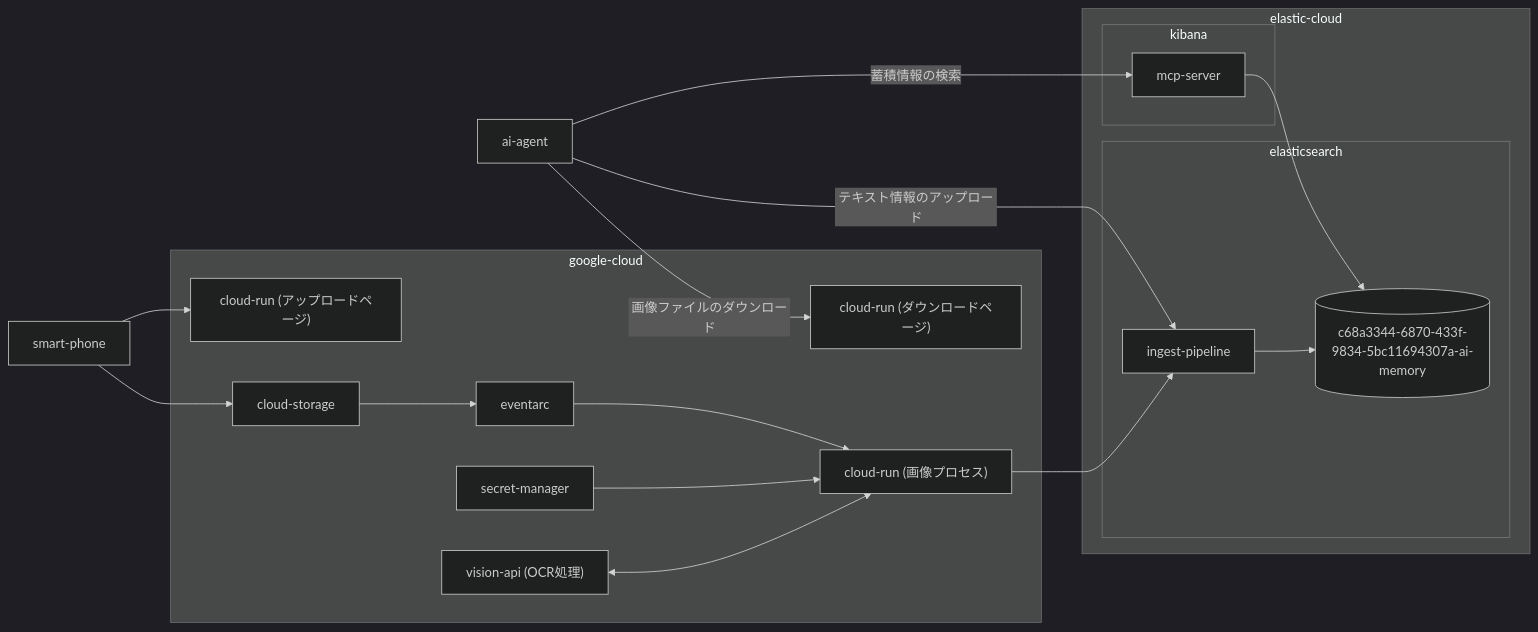
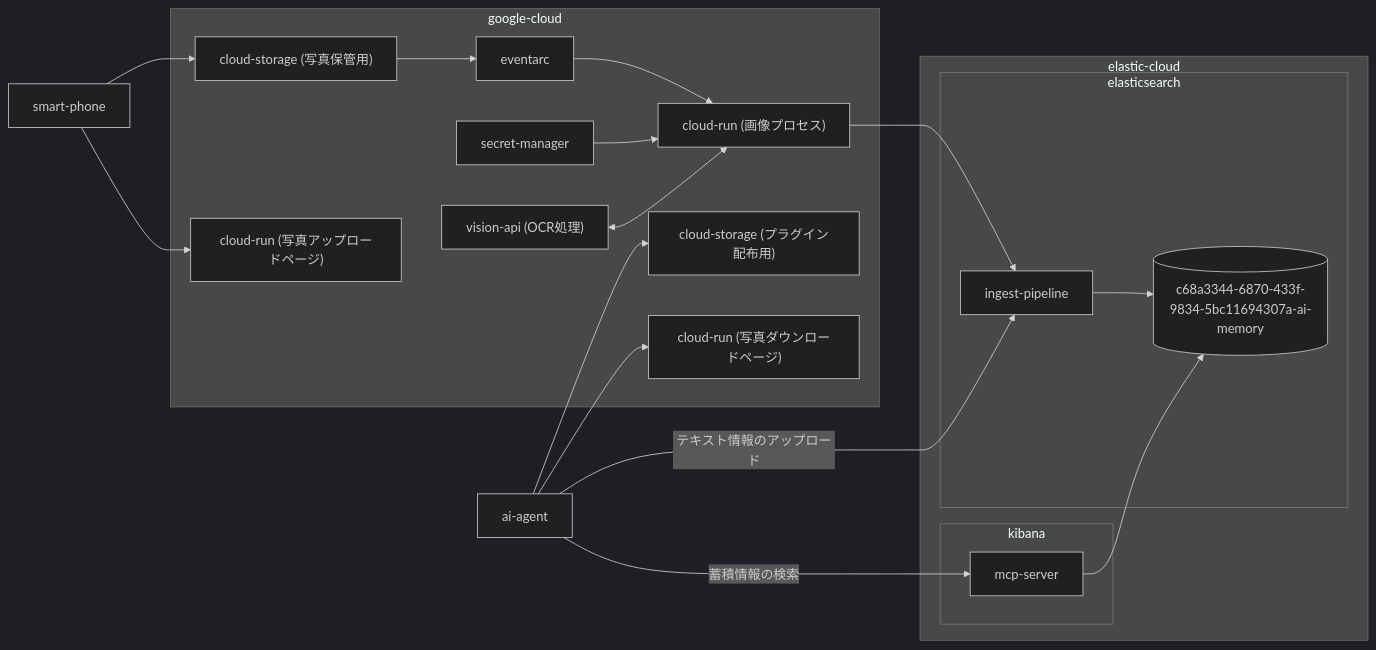
The diagram in README.md (sakurai-youhei/hackathon-ai-memory), drawn with Mermaid (dark theme) before and after one commit.

````diff
--- a/README.md
+++ b/README.md
@@ -49,34 +49,36 @@
 ```mermaid
 flowchart LR
     subgraph google-cloud
-        cloud-run-upload["cloud-run (アップロードページ)"]
-        cloud-run-download["cloud-run (ダウンロードページ)"]
+        cloud-run-upload["cloud-run (写真アップロードページ)"]
+        cloud-run-download["cloud-run (写真ダウンロードページ)"]
         eventarc
         cloud-run-process["cloud-run (画像プロセス)"]
         secret-manager
         vision-api["vision-api (OCR処理)"]
-        cloud-storage
+        cloud-storage["cloud-storage (写真保管用)"]
+        cloud-storage-plugin["cloud-storage (プラグイン配布用)"]
     end
     subgraph elastic-cloud
         subgraph kibana
             mcp-server
         end
         subgraph elasticsearch
             ingest-pipeline
             index[(c68a3344-6870-433f-9834-5bc11694307a-ai-memory)]
         end
     end
 
     mcp-server --> index
     ingest-pipeline --> index
 
     ai-agent -- 蓄積情報の検索 --> mcp-server
     ai-agent -- テキスト情報のアップロード --> ingest-pipeline
-    ai-agent -- 画像ファイルのダウンロード --> cloud-run-download
+    ai-agent --> cloud-run-download
+    ai-agent --> cloud-storage-plugin
 
     smart-phone --> cloud-run-upload
     smart-phone --> cloud-storage --> eventarc　--> cloud-run-process
     secret-manager --> cloud-run-process --> ingest-pipeline
     vision-api <--> cloud-run-process
 
 ```
````
